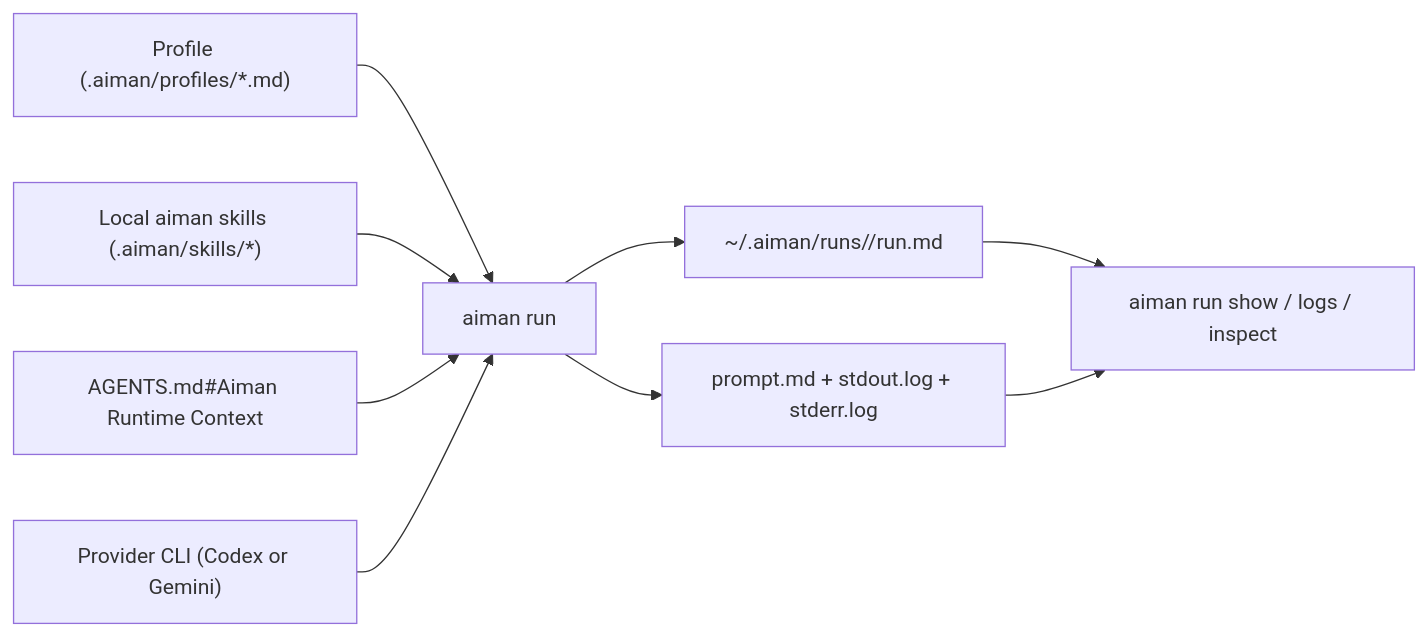
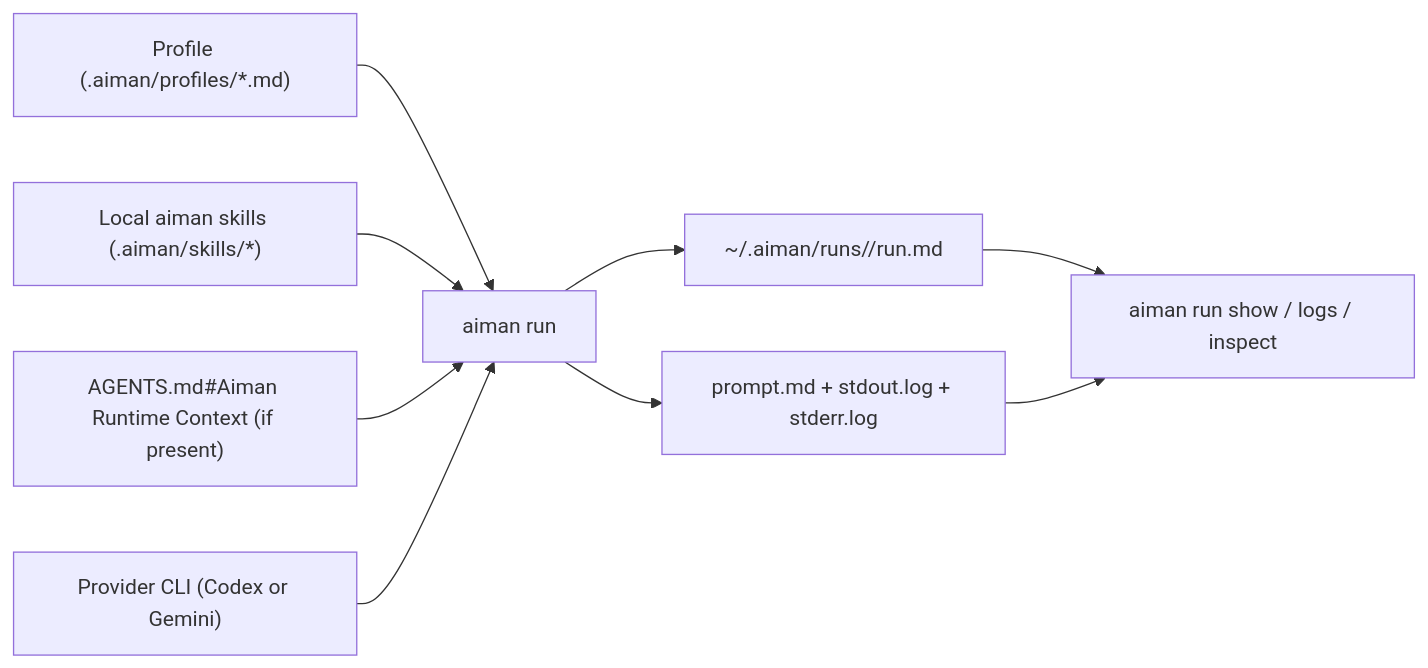
One commit to ogow/aiman changed the diagram in README.md. Above: the diagram before and after it, drawn with Mermaid. The commit also changed other lines of this file and 147 other files, not shown here.

````diff
--- a/README.md
+++ b/README.md
@@ -22,11 +22,11 @@
 ```mermaid
 flowchart LR
     A["Profile (.aiman/profiles/*.md)"] --> B["aiman run <profile>"]
     S["Local aiman skills (.aiman/skills/*)"] --> B
-    G["AGENTS.md#Aiman Runtime Context"] --> B
+    G["AGENTS.md#Aiman Runtime Context (if present)"] --> B
     M["Provider CLI (Codex or Gemini)"] --> B
     B --> R["~/.aiman/runs/<run-id>/run.md"]
     B --> P["prompt.md + stdout.log + stderr.log"]
     R --> I["aiman run show / logs / inspect"]
     P --> I
 ```
````
